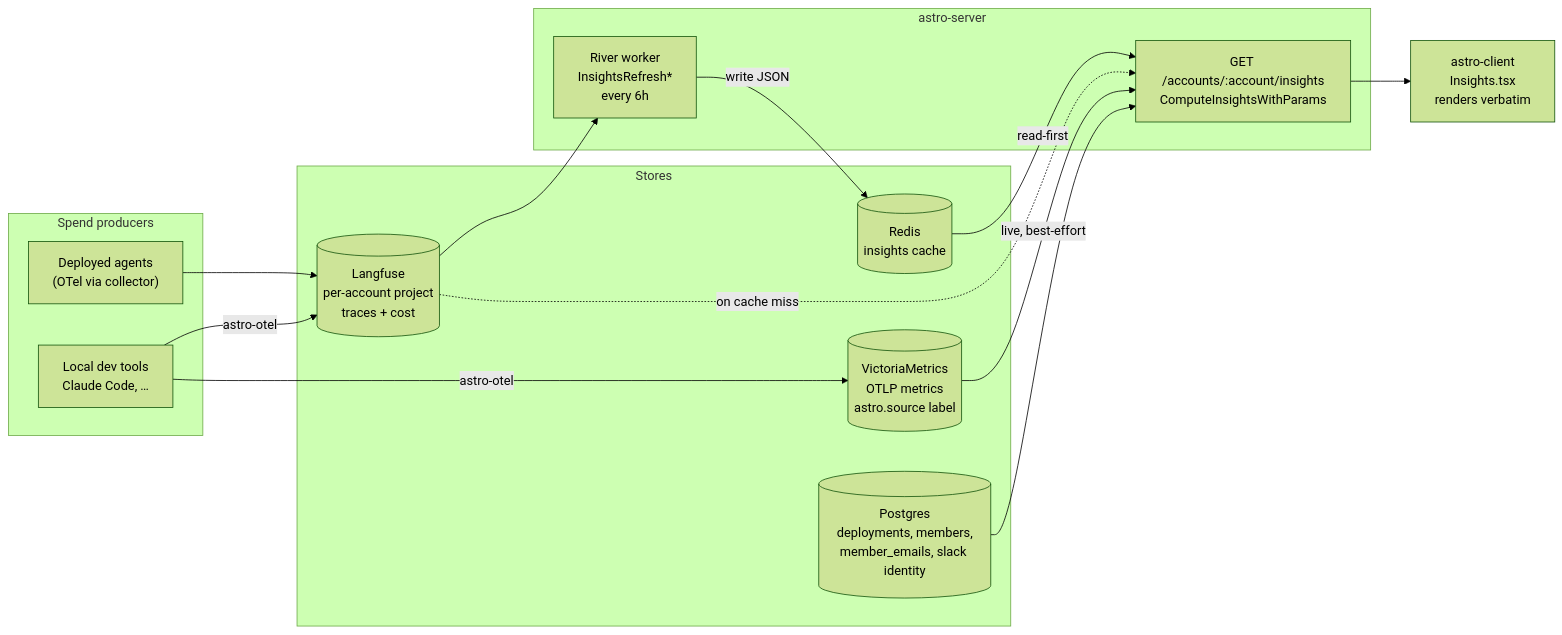
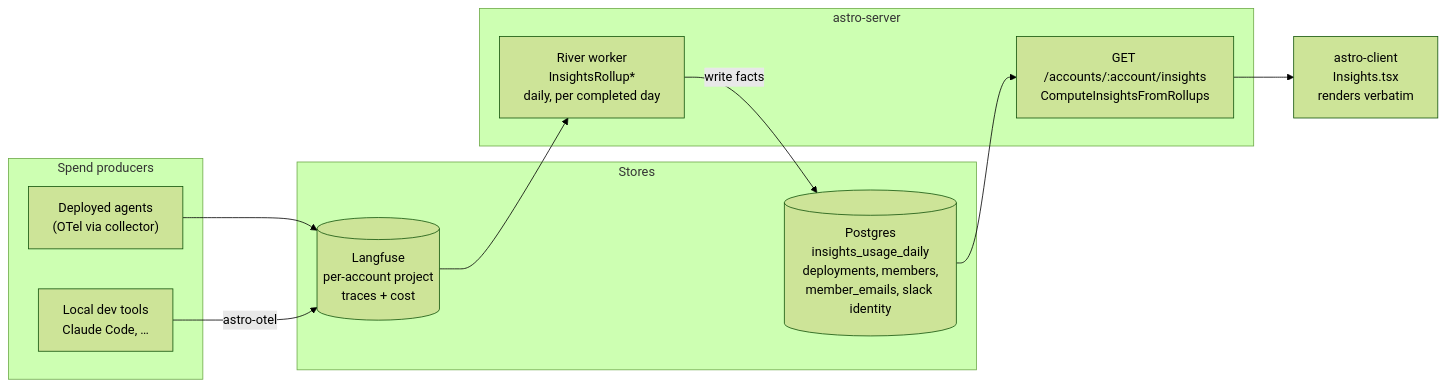
The first of 5 diagrams in docs/03-architecture/insights.md (astropods/astro-cli), drawn with Mermaid (forest theme) before and after one commit. The commit also changed other lines of this file and 46 other files, not shown here.

First line of the commit message:
feat(insights): serve the page from stored daily usage (#2012)

````diff
--- a/docs/03-architecture/insights.md
+++ b/docs/03-architecture/insights.md
@@ -27,32 +27,26 @@
 ```mermaid
 flowchart LR
   subgraph producers["Spend producers"]
     AG["Deployed agents<br/>(OTel via collector)"]
     CC["Local dev tools<br/>Claude Code, …"]
   end
 
   subgraph stores["Stores"]
     LF[("Langfuse<br/>per-account project<br/>traces + cost")]
-    VM[("VictoriaMetrics<br/>OTLP metrics<br/>astro.source label")]
-    PG[("Postgres<br/>deployments, members,<br/>member_emails, slack identity")]
-    RD[("Redis<br/>insights cache")]
+    PG[("Postgres<br/>insights_usage_daily<br/>deployments, members,<br/>member_emails, slack identity")]
   end
 
   AG --> LF
-  CC -->|"astro-otel"| VM
   CC -->|"astro-otel"| LF
 
   subgraph server["astro-server"]
-    W["River worker<br/>InsightsRefresh*<br/>every 6h"]
-    H["GET /accounts/:account/insights<br/>ComputeInsightsWithParams"]
+    W["River worker<br/>InsightsRollup*<br/>daily, per completed day"]
+    H["GET /accounts/:account/insights<br/>ComputeInsightsFromRollups"]
   end
 
   LF --> W
-  W -->|"write JSON"| RD
-  RD -->|"read-first"| H
-  LF -.->|"on cache miss"| H
-  VM -->|"live, best-effort"| H
+  W -->|"write facts"| PG
   PG --> H
 
   H --> C["astro-client<br/>Insights.tsx<br/>renders verbatim"]
 ```
````
